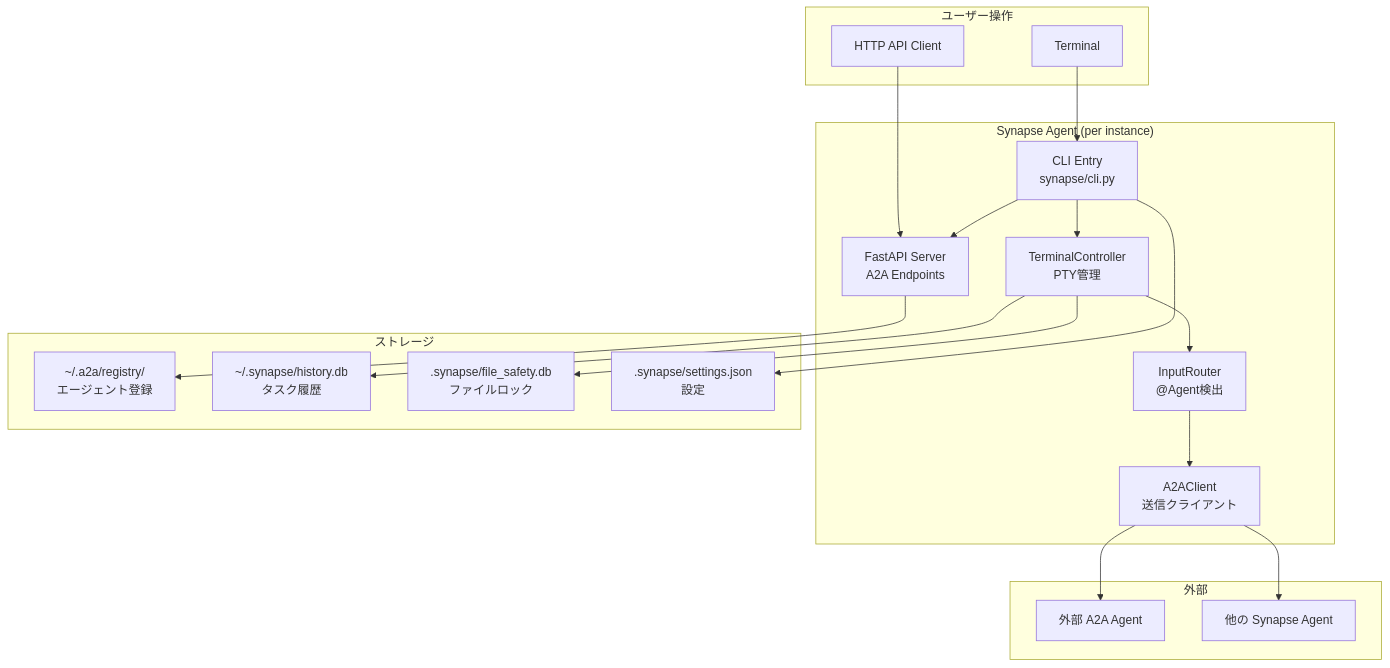
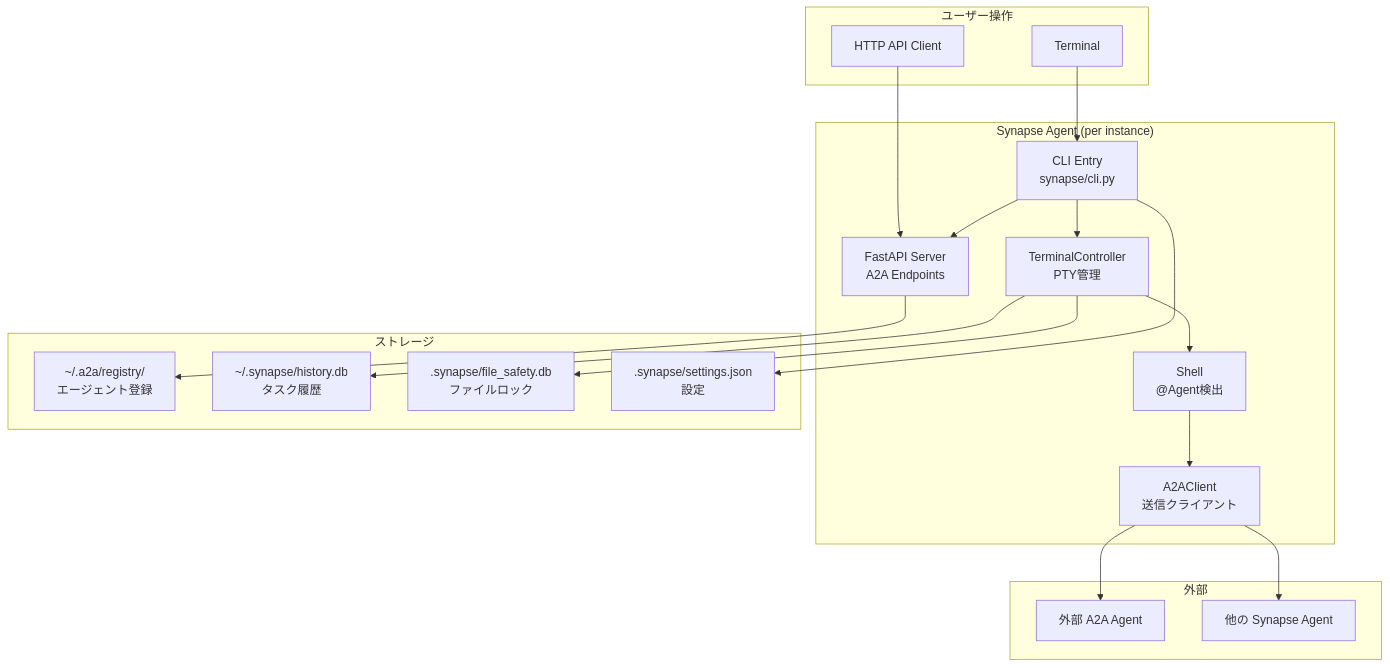
One commit to s-hiraoku/synapse-a2a changed the first of 4 diagrams in guides/overview.md. Above: the diagram before and after it, drawn with Mermaid. The commit also changed other lines of this file and 16 other files, not shown here.

First line of the commit message:
docs: update InputRouter refs to Shell, fix stale links and badges

````diff
--- a/guides/overview.md
+++ b/guides/overview.md
@@ -68,40 +68,40 @@
 ```mermaid
 flowchart TB
     subgraph User["ユーザー操作"]
         Terminal["Terminal"]
         API["HTTP API Client"]
     end
 
     subgraph SynapseAgent["Synapse Agent (per instance)"]
         CLI["CLI Entry<br/>synapse/cli.py"]
         Controller["TerminalController<br/>PTY管理"]
         Server["FastAPI Server<br/>A2A Endpoints"]
-        Router["InputRouter<br/>@Agent検出"]
+        Router["Shell<br/>@Agent検出"]
         Client["A2AClient<br/>送信クライアント"]
     end
 
     subgraph Storage["ストレージ"]
         Registry["~/.a2a/registry/<br/>エージェント登録"]
         History["~/.synapse/history.db<br/>タスク履歴"]
         FileSafety[".synapse/file_safety.db<br/>ファイルロック"]
         Settings[".synapse/settings.json<br/>設定"]
     end
 
     subgraph External["外部"]
         ExtAgent["外部 A2A Agent"]
         OtherSynapse["他の Synapse Agent"]
     end
 
     Terminal --> CLI
     API --> Server
     CLI --> Controller
     CLI --> Server
     Controller --> Router
     Router --> Client
     Client --> OtherSynapse
     Client --> ExtAgent
     Server --> Registry
     Controller --> History
     Controller --> FileSafety
     CLI --> Settings
 ```
````
